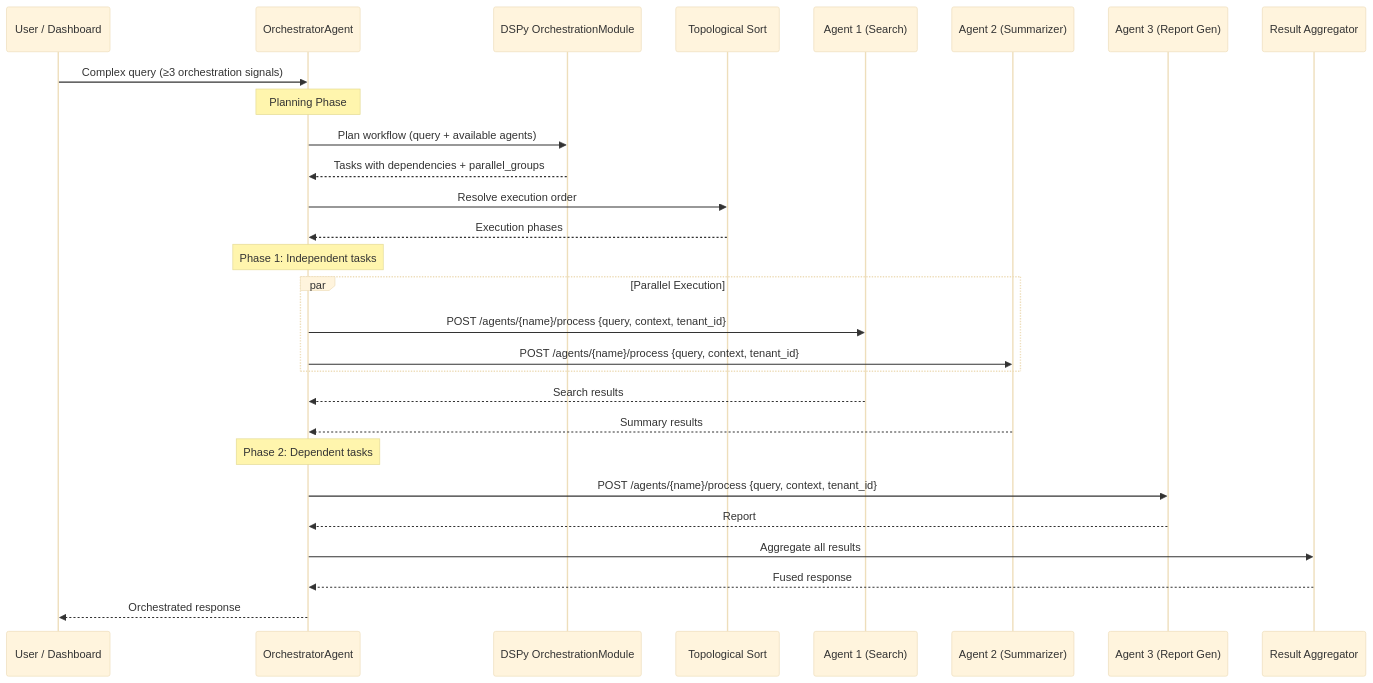
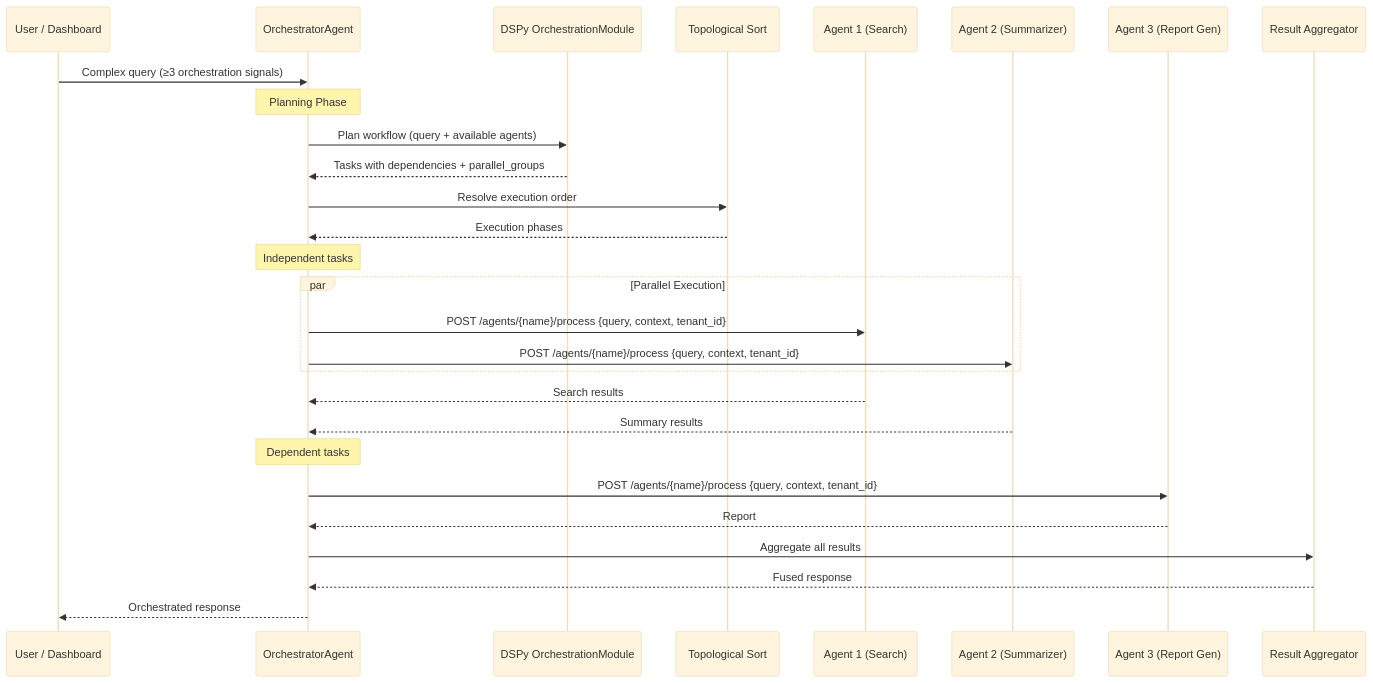
One commit to amit-jain/cogniverse changed the fourth of 5 diagrams in docs/architecture/intelligent-query-routing.md. Above: the diagram before and after it, drawn with Mermaid (base theme). The commit also changed other lines of this file and 42 other files, not shown here.

````diff
--- a/docs/architecture/intelligent-query-routing.md
+++ b/docs/architecture/intelligent-query-routing.md
@@ -279,36 +279,36 @@
 ```mermaid
 sequenceDiagram
     participant U as User / Dashboard
     participant O as OrchestratorAgent
     participant WP as DSPy OrchestrationModule
     participant TS as Topological Sort
     participant A1 as Agent 1 (Search)
     participant A2 as Agent 2 (Summarizer)
     participant A3 as Agent 3 (Report Gen)
     participant AGG as Result Aggregator
 
     U->>O: Complex query (≥3 orchestration signals)
 
     Note over O: Planning Phase
     O->>WP: Plan workflow (query + available agents)
     WP-->>O: Tasks with dependencies + parallel_groups
 
     O->>TS: Resolve execution order
     TS-->>O: Execution phases
 
-    Note over O: Phase 1: Independent tasks
+    Note over O: Independent tasks
     par Parallel Execution
         O->>A1: POST /agents/{name}/process {query, context, tenant_id}
         O->>A2: POST /agents/{name}/process {query, context, tenant_id}
     end
     A1-->>O: Search results
     A2-->>O: Summary results
 
-    Note over O: Phase 2: Dependent tasks
+    Note over O: Dependent tasks
     O->>A3: POST /agents/{name}/process {query, context, tenant_id}
     A3-->>O: Report
 
     O->>AGG: Aggregate all results
     AGG-->>O: Fused response
     O-->>U: Orchestrated response
 ```
````
